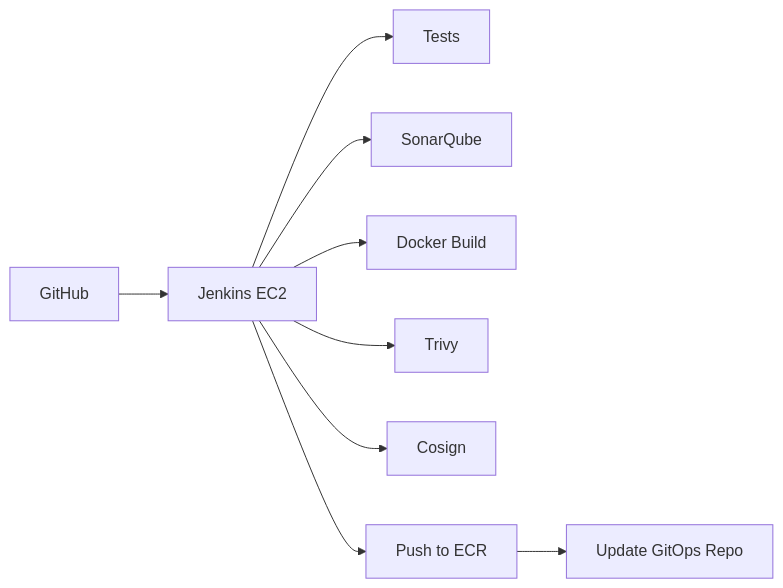
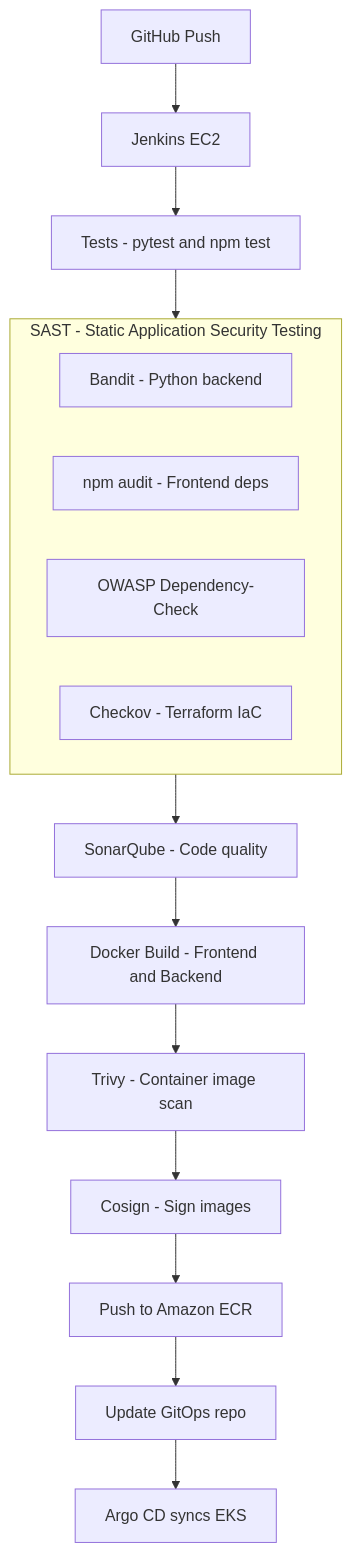
One commit to shishir-krishna-101/Stockmind-Ops changed the diagram in docs/07-cicd/README.md. Above: the diagram before and after it, drawn with Mermaid. The commit also changed other lines of this file and 7 other files, not shown here.

````diff
--- a/docs/07-cicd/README.md
+++ b/docs/07-cicd/README.md
@@ -3,11 +5,23 @@
 ```mermaid
-flowchart LR
-    Git[GitHub] --> Jenkins[Jenkins EC2]
-    Jenkins --> Test[Tests]
-    Jenkins --> Lint[SonarQube]
-    Jenkins --> Build[Docker Build]
-    Jenkins --> Scan[Trivy]
-    Jenkins --> Sign[Cosign]
-    Jenkins --> Push[Push to ECR]
-    Push --> GitOps[Update GitOps Repo]
+flowchart TD
+    Git[GitHub Push] --> Jenkins[Jenkins EC2]
+
+    Jenkins --> Tests[Tests - pytest and npm test]
+    Tests --> SAST
+
+    subgraph SAST [SAST - Static Application Security Testing]
+        direction LR
+        Bandit[Bandit - Python backend]
+        npmAudit[npm audit - Frontend deps]
+        DepCheck[OWASP Dependency-Check]
+        Checkov[Checkov - Terraform IaC]
+    end
+
+    SAST --> Sonar[SonarQube - Code quality]
+    Sonar --> DockerBuild[Docker Build - Frontend and Backend]
+    DockerBuild --> Trivy[Trivy - Container image scan]
+    Trivy --> Cosign[Cosign - Sign images]
+    Cosign --> ECR[Push to Amazon ECR]
+    ECR --> GitOps[Update GitOps repo]
+    GitOps --> Argo[Argo CD syncs EKS]
 ```
````
